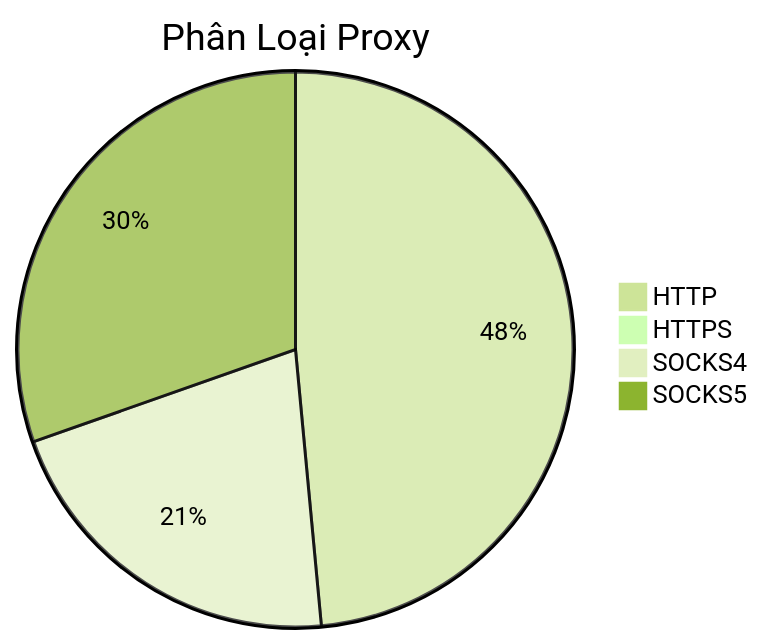
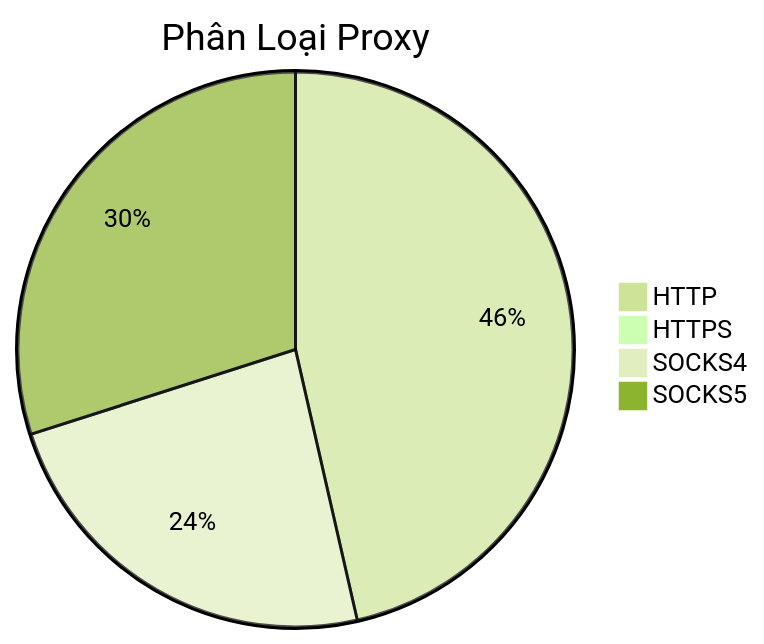
The diagram in README.md (Ciara-12/PROXY-free), drawn with Mermaid (forest theme) before and after one commit. The commit also changed other lines of this file and 4 other files, not shown here.

````diff
--- a/README.md
+++ b/README.md
@@ -26,7 +26,7 @@
 ```mermaid
 pie title Phân Loại Proxy
-    "HTTP" : 554
-    "HTTPS" : 1
-    "SOCKS4" : 241
-    "SOCKS5" : 347
+    "HTTP" : 546
+    "HTTPS" : 0
+    "SOCKS4" : 278
+    "SOCKS5" : 352
 ```
````
